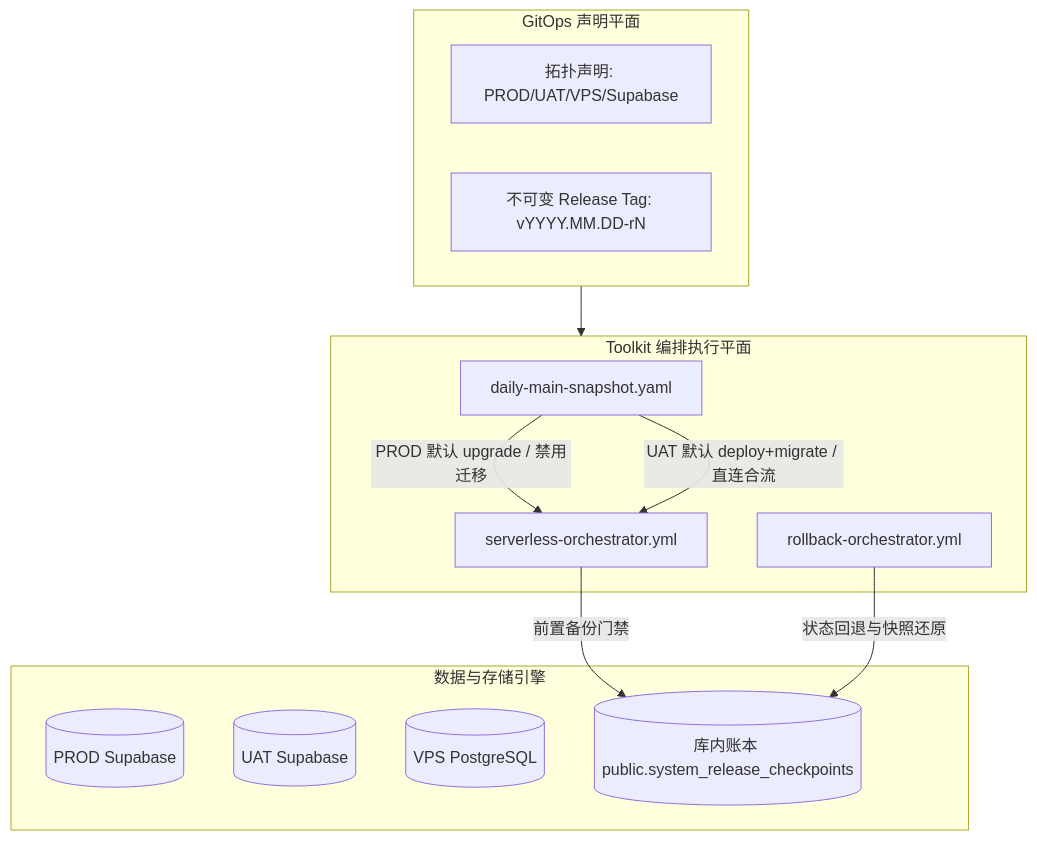
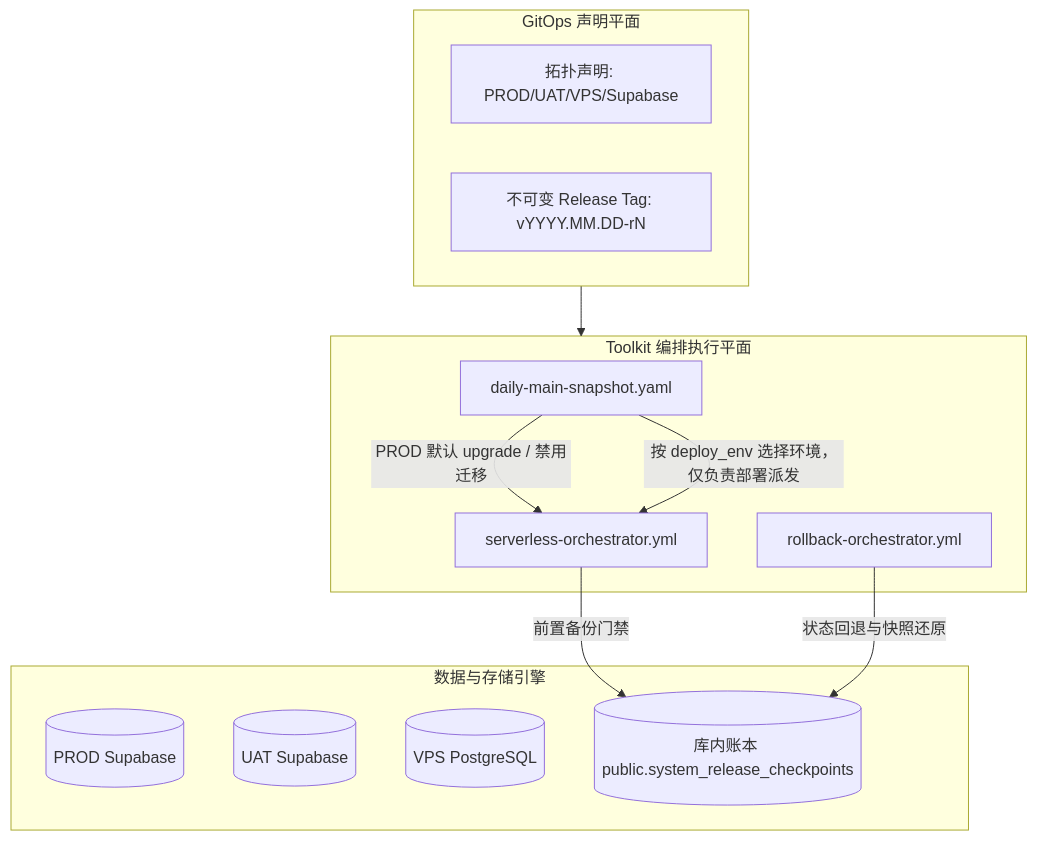
The diagram in docs/data_migration/core_delivery_overview_and_observability_guide.md (ai-workspace-infra/platform-ops-toolkit), drawn with Mermaid before and after one commit. The commit also changed other lines of this file and 27 other files, not shown here.

````diff
--- a/docs/data_migration/core_delivery_overview_and_observability_guide.md
+++ b/docs/data_migration/core_delivery_overview_and_observability_guide.md
@@ -43,26 +43,26 @@
 ```mermaid
 graph TD
     subgraph GitOps_Control [GitOps 声明平面]
         Topo[拓扑声明: PROD/UAT/VPS/Supabase]
         Tags[不可变 Release Tag: vYYYY.MM.DD-rN]
     end
 
     subgraph CI_Execution [Toolkit 编排执行平面]
         Daily[daily-main-snapshot.yaml]
         Serverless[serverless-orchestrator.yml]
         RollbackOrch[rollback-orchestrator.yml]
     end
 
     subgraph Data_Engines [数据与存储引擎]
         SupaProd[(PROD Supabase)]
         SupaUAT[(UAT Supabase)]
         VpsPG[(VPS PostgreSQL)]
         Ledger[(库内账本 public.system_release_checkpoints)]
     end
 
     GitOps_Control --> CI_Execution
     Daily -->|PROD 默认 upgrade / 禁用迁移| Serverless
-    Daily -->|UAT 默认 deploy+migrate / 直连合流| Serverless
+    Daily -->|按 deploy_env 选择环境，仅负责部署派发| Serverless
     Serverless -->|前置备份门禁| Ledger
     RollbackOrch -->|状态回退与快照还原| Ledger
 ```
````
